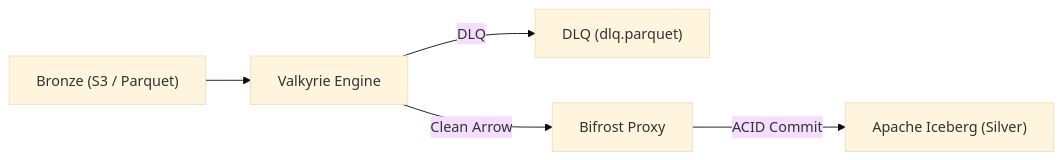
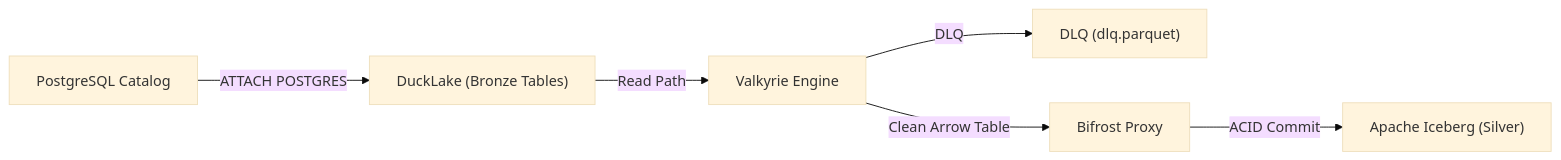
Before and after one commit to next0258456/valkyrie: the diagram in README.md, drawn with Mermaid (base theme). The commit also changed other lines of this file and 1 other file, not shown here.

Commit message:
docs: align read path with DuckLake ATTACH Postgres catalog in Yggdrasil architecture

````diff
--- a/README.md
+++ b/README.md
@@ -104,7 +123,8 @@
 ```mermaid
 flowchart LR
-    Bronze["Bronze (S3 / Parquet)"] --> Valkyrie["Valkyrie Engine"]
+    Postgres["PostgreSQL Catalog"] -->|ATTACH POSTGRES| DuckLake["DuckLake (Bronze Tables)"]
+    DuckLake -->|Read Path| Valkyrie["Valkyrie Engine"]
     Valkyrie -->|DLQ| DLQ["DLQ (dlq.parquet)"]
-    Valkyrie -->|Clean Arrow| Bifrost["Bifrost Proxy"]
+    Valkyrie -->|Clean Arrow Table| Bifrost["Bifrost Proxy"]
     Bifrost -->|ACID Commit| Iceberg["Apache Iceberg (Silver)"]
 ```
````
